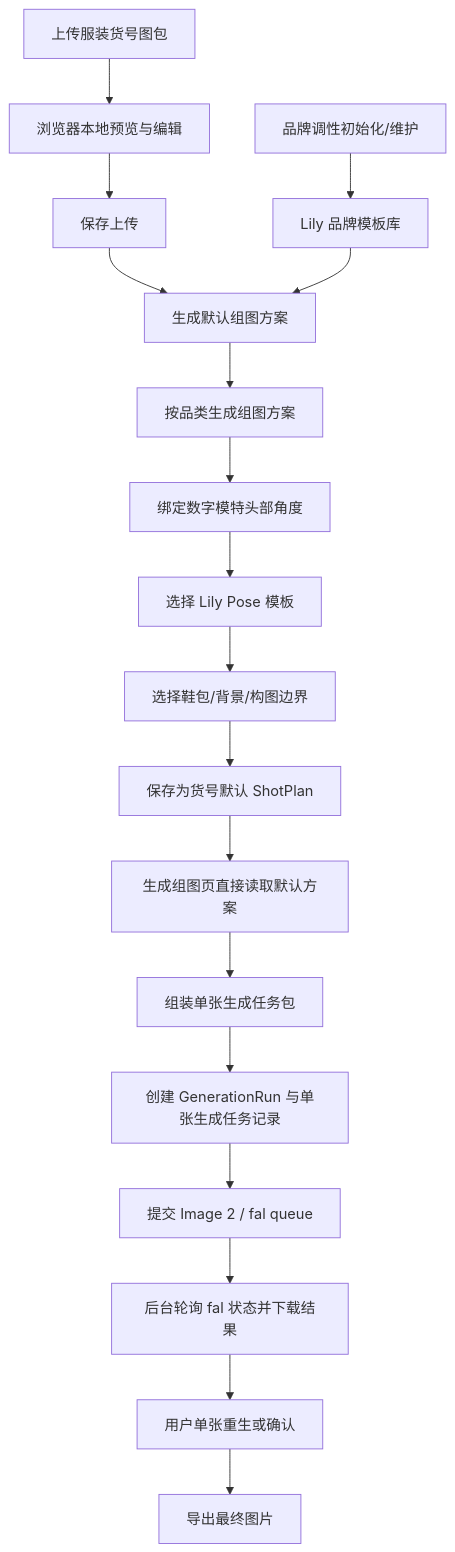
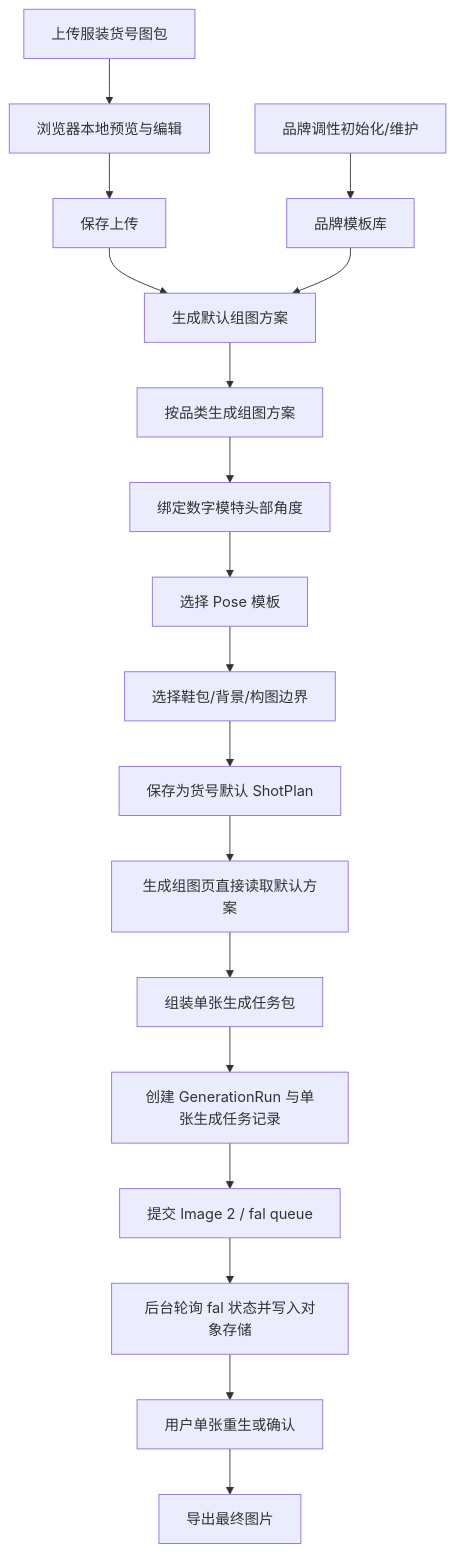
Before and after one commit to happyvchen/ruyi-dream: the diagram in design/01_generation_flow/generation_flow.md, drawn with Mermaid. The commit also changed other lines of this file and 223 other files, not shown here.

````diff
--- a/design/01_generation_flow/generation_flow.md
+++ b/design/01_generation_flow/generation_flow.md
@@ -5,20 +5,20 @@
 ```mermaid
 flowchart TD
-  A0["品牌调性初始化/维护"] --> A1["Lily 品牌模板库"]
+  A0["品牌调性初始化/维护"] --> A1["品牌模板库"]
   A["上传服装货号图包"] --> A2["浏览器本地预览与编辑"]
   A2 --> A3["保存上传"]
   A3 --> E["生成默认组图方案"]
   A1 --> E
   E --> E1["按品类生成组图方案"]
   E1 --> E2["绑定数字模特头部角度"]
-  E2 --> E3["选择 Lily Pose 模板"]
+  E2 --> E3["选择 Pose 模板"]
   E3 --> E4["选择鞋包/背景/构图边界"]
   E4 --> E5["保存为货号默认 ShotPlan"]
   E5 --> F["生成组图页直接读取默认方案"]
   F --> F1["组装单张生成任务包"]
   F1 --> G0["创建 GenerationRun 与单张生成任务记录"]
   G0 --> G1["提交 Image 2 / fal queue"]
-  G1 --> G2["后台轮询 fal 状态并下载结果"]
+  G1 --> G2["后台轮询 fal 状态并写入对象存储"]
   G2 --> H["用户单张重生或确认"]
   H --> I["导出最终图片"]
 ```
````
